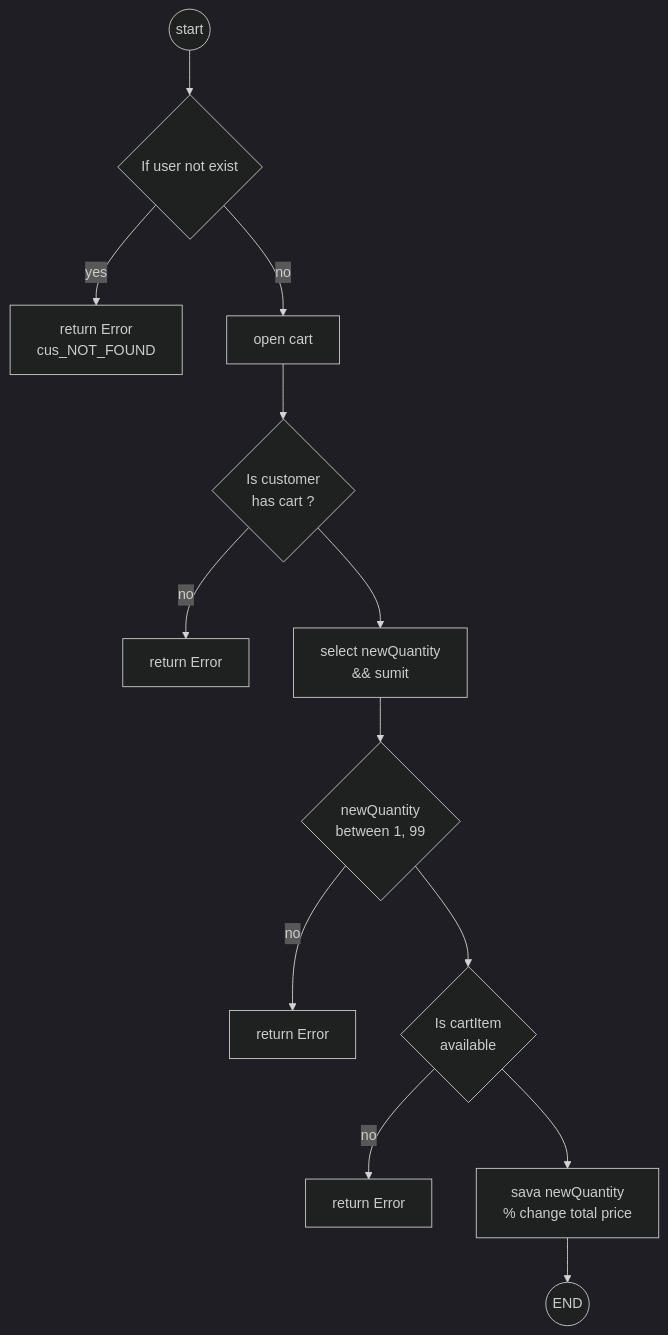
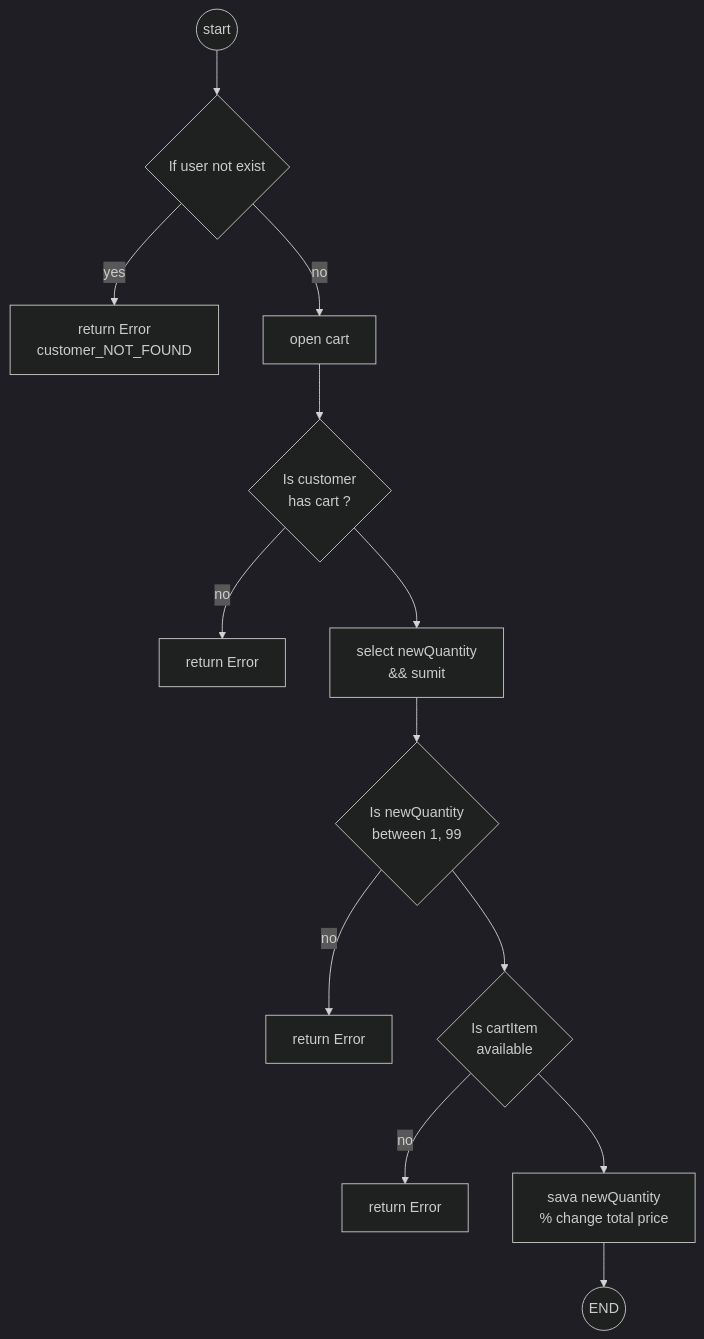
Before and after one commit to w2t-el-develop/food_delivery_api: the third of 4 diagrams in README.md, drawn with Mermaid (dark theme). The commit also changed other lines of this file, not shown here.

Commit message:
Fix typos in README.md flowcharts and diagrams

````diff
--- a/README.md
+++ b/README.md
@@ -180,16 +180,16 @@
 ```mermaid
 flowchart TD
     Start((start))
     Start --> A{If user not exist}
-    A -->|yes| B[return Error<br/>cus_NOT_FOUND]
+    A -->|yes| B[return Error<br/>customer_NOT_FOUND]
     A -->|no| C[open cart]
     C --> D{Is customer<br/>has cart ?}
     D -->|no| E[return Error]
     D --> F[select newQuantity<br/>&& sumit]
-    F --> G{newQuantity<br/>between 1, 99}
+    F --> G{Is newQuantity<br/>between 1, 99}
     G -->|no| H[return Error]
     G --> I{Is cartItem<br/>available}
     I -->|no| J[return Error]
     I --> K[sava newQuantity<br/>% change total price]
     K --> End((END))
 ```
````
